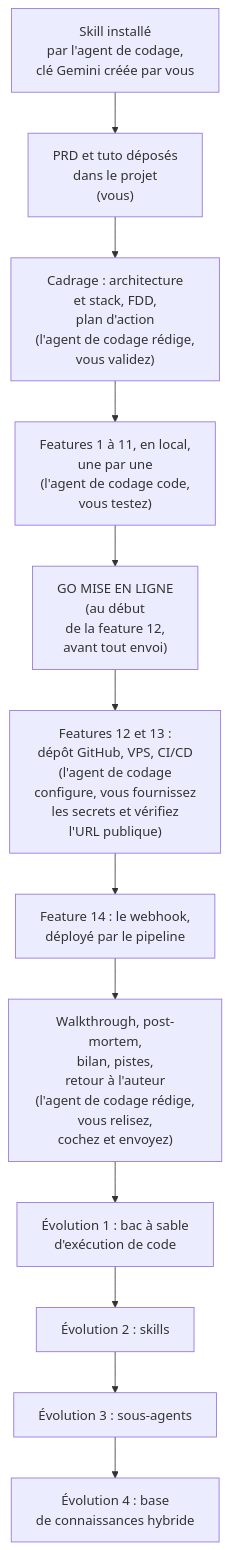
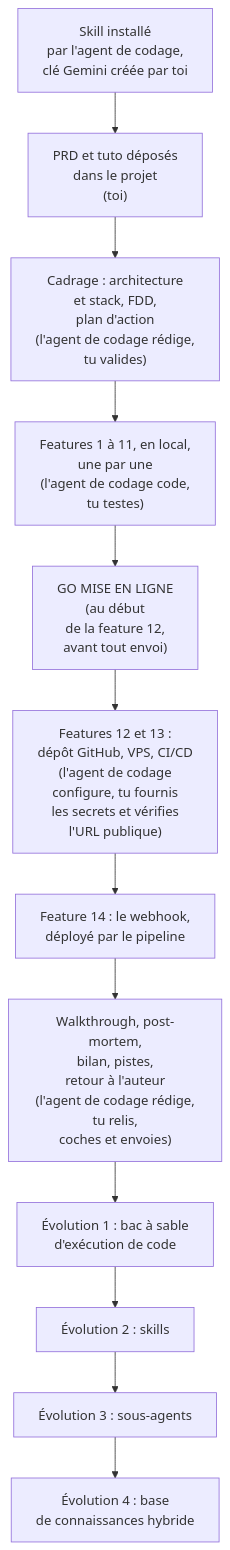
One commit to lecinquiemejour-code/goodvibe-tuto changed the fourth of 4 diagrams in README.md. Above: the diagram before and after it, drawn with Mermaid. The commit also changed other lines of this file and 1 other file, not shown here.

Commit message:
docs(readme): le README tutoie le lecteur, du titre aux schémas ; le renvoi de la règle 1 du tuto suit le titre « Ce que tu vas apprendre »

````diff
--- a/README.md
+++ b/README.md
@@ -303,14 +303,14 @@
 ```mermaid
 flowchart TD
-    A["Skill installé<br/>par l'agent de codage,<br/>clé Gemini créée par vous"] --> B["PRD et tuto déposés<br/>dans le projet<br/>(vous)"]
-    B --> C["Cadrage : architecture<br/>et stack, FDD,<br/>plan d'action<br/>(l'agent de codage rédige,<br/>vous validez)"]
-    C --> D["Features 1 à 11, en local,<br/>une par une<br/>(l'agent de codage code,<br/>vous testez)"]
+    A["Skill installé<br/>par l'agent de codage,<br/>clé Gemini créée par toi"] --> B["PRD et tuto déposés<br/>dans le projet<br/>(toi)"]
+    B --> C["Cadrage : architecture<br/>et stack, FDD,<br/>plan d'action<br/>(l'agent de codage rédige,<br/>tu valides)"]
+    C --> D["Features 1 à 11, en local,<br/>une par une<br/>(l'agent de codage code,<br/>tu testes)"]
     D --> F["GO MISE EN LIGNE<br/>(au début<br/>de la feature 12,<br/>avant tout envoi)"]
-    F --> E["Features 12 et 13 :<br/>dépôt GitHub, VPS, CI/CD<br/>(l'agent de codage<br/>configure, vous fournissez<br/>les secrets et vérifiez<br/>l'URL publique)"]
+    F --> E["Features 12 et 13 :<br/>dépôt GitHub, VPS, CI/CD<br/>(l'agent de codage<br/>configure, tu fournis<br/>les secrets et vérifies<br/>l'URL publique)"]
     E --> F2["Feature 14 : le webhook,<br/>déployé par le pipeline"]
-    F2 --> G["Walkthrough, post-mortem,<br/>bilan, pistes,<br/>retour à l'auteur<br/>(l'agent de codage rédige,<br/>vous relisez,<br/>cochez et envoyez)"]
+    F2 --> G["Walkthrough, post-mortem,<br/>bilan, pistes,<br/>retour à l'auteur<br/>(l'agent de codage rédige,<br/>tu relis,<br/>coches et envoies)"]
     G --> H1["Évolution 1 : bac à sable<br/>d'exécution de code"]
     H1 --> H2["Évolution 2 : skills"]
     H2 --> H3["Évolution 3 : sous-agents"]
     H3 --> H4["Évolution 4 : base<br/>de connaissances hybride"]
 ```
````
